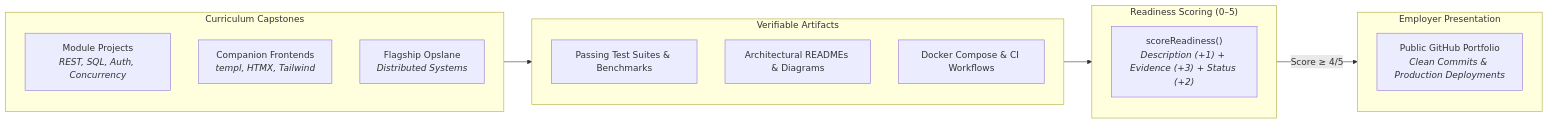
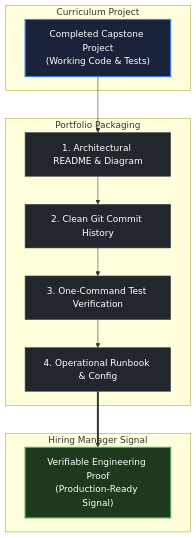
One commit to swe-labs/the-go-engineer changed the diagram in curriculum/modules/00-orientation/lessons/10-how-to-build-a-portfolio-from-this-curriculum/README.md. Above: the diagram before and after it, drawn with Mermaid. The commit also changed other lines of this file and 42 other files, not shown here.

````diff
--- a/curriculum/modules/00-orientation/lessons/10-how-to-build-a-portfolio-from-this-curriculum/README.md
+++ b/curriculum/modules/00-orientation/lessons/10-how-to-build-a-portfolio-from-this-curriculum/README.md
@@ -25,30 +30,23 @@
 ```mermaid
-flowchart LR
+flowchart TD
     classDef frontDoor fill:#1a233a,stroke:#3b82f6,stroke-width:2px,color:#ffffff;
     classDef exitGate fill:#1e3a1e,stroke:#4caf50,stroke-width:2px,color:#ffffff;
     classDef standardNode fill:#22272e,stroke:#444c56,stroke-width:1px,color:#ffffff;
     classDef capstoneNode fill:#2d2215,stroke:#f59e0b,stroke-width:2px,color:#ffffff;
-    subgraph Source ["Curriculum Capstones"]
-        P1["Module Projects<br/><i>REST, SQL, Auth, Concurrency</i>"]
-        P2["Companion Frontends<br/><i>templ, HTMX, Tailwind</i>"]
-        P3["Flagship Opslane<br/><i>Distributed Systems</i>"]
+
+    subgraph RawOutput ["Curriculum Project"]
+        P["Completed Capstone Project<br/>(Working Code & Tests)"]:::frontDoor
     end
 
-    subgraph Evidence ["Verifiable Artifacts"]
-        E1["Passing Test Suites & Benchmarks"]
-        E2["Architectural READMEs & Diagrams"]
-        E3["Docker Compose & CI Workflows"]
+    subgraph Packaging ["Portfolio Packaging"]
+        D["1. Architectural README & Diagram"]:::standardNode
+        G["2. Clean Git Commit History"]:::standardNode
+        T["3. One-Command Test Verification"]:::standardNode
+        O["4. Operational Runbook & Config"]:::standardNode
+        P --> D --> G --> T --> O
     end
 
-    subgraph Evaluation ["Readiness Scoring (0–5)"]
-        S["scoreReadiness()<br/><i>Description (+1) + Evidence (+3) + Status (+2)</i>"]
+    subgraph ProofResult ["Hiring Manager Signal"]
+        O ==> VER["Verifiable Engineering Proof<br/>(Production-Ready Signal)"]:::exitGate
     end
-
-    subgraph Showcase ["Employer Presentation"]
-        PF["Public GitHub Portfolio<br/><i>Clean Commits & Production Deployments</i>"]
-    end
-
-    Source --> Evidence
-    Evidence --> Evaluation
-    Evaluation -->|Score ≥ 4/5| Showcase
 ```
````
